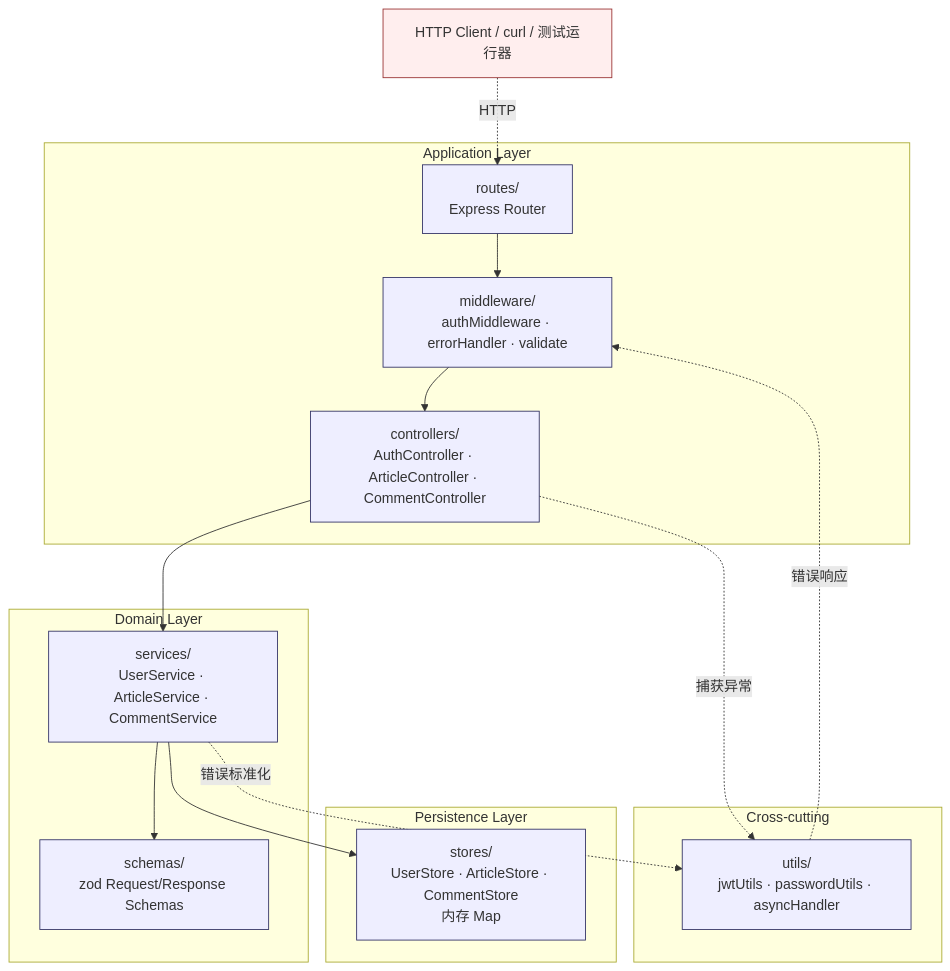
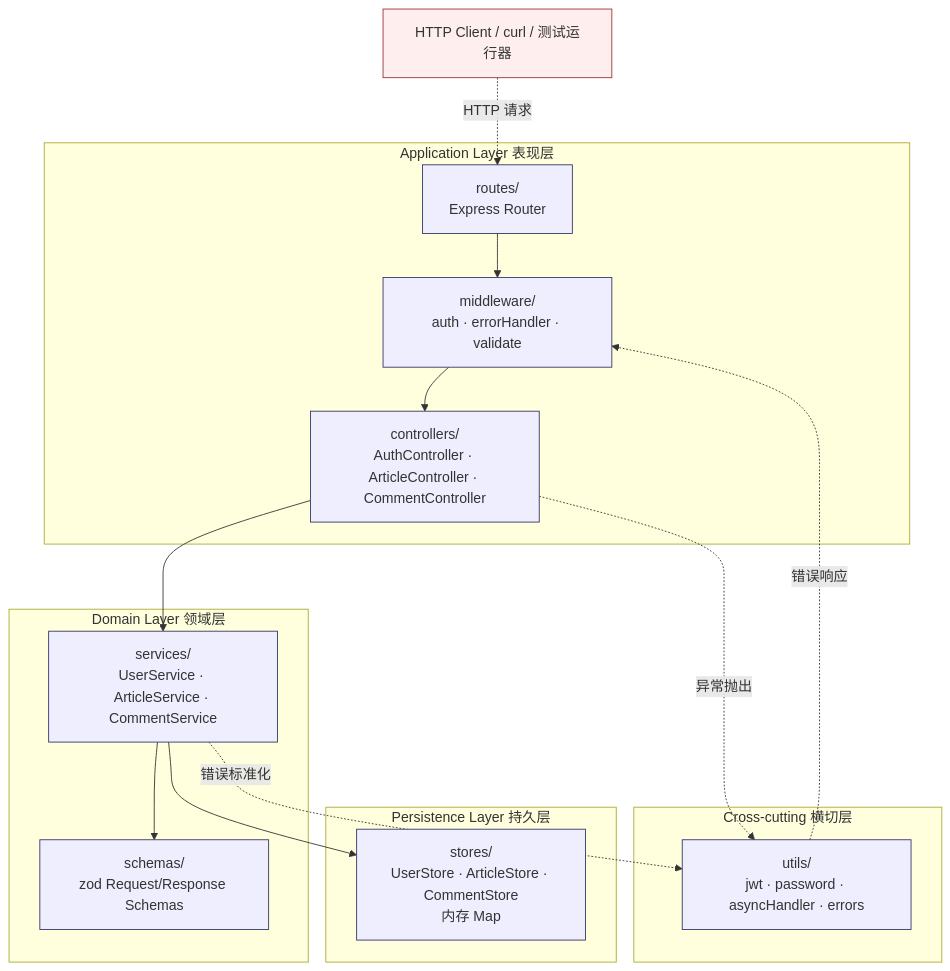
Before and after one commit to WangHHY19931001/Software_Engineering_W_Development_Model_Skills_Pack: the first of 2 diagrams in w-model-dev-demo/docs/system-design.md, drawn with Mermaid. The commit also changed other lines of this file and 85 other files, not shown here.

````diff
--- a/w-model-dev-demo/docs/system-design.md
+++ b/w-model-dev-demo/docs/system-design.md
@@ -18,38 +19,38 @@
 ```mermaid
 graph TD
     Client[HTTP Client / curl / 测试运行器]
 
-    subgraph "Application Layer"
+    subgraph "Application Layer 表现层"
         Routes[routes/<br/>Express Router]
-        MW[middleware/<br/>authMiddleware · errorHandler · validate]
+        MW[middleware/<br/>auth · errorHandler · validate]
         Controllers[controllers/<br/>AuthController · ArticleController · CommentController]
     end
 
-    subgraph "Domain Layer"
+    subgraph "Domain Layer 领域层"
         Services[services/<br/>UserService · ArticleService · CommentService]
         Schemas[schemas/<br/>zod Request/Response Schemas]
     end
 
-    subgraph "Persistence Layer"
+    subgraph "Persistence Layer 持久层"
         Stores[stores/<br/>UserStore · ArticleStore · CommentStore<br/>内存 Map]
     end
 
-    subgraph "Cross-cutting"
-        Utils[utils/<br/>jwtUtils · passwordUtils · asyncHandler]
+    subgraph "Cross-cutting 横切层"
+        Utils[utils/<br/>jwt · password · asyncHandler · errors]
     end
 
-    Client -.HTTP.-> Routes
+    Client -.HTTP 请求.-> Routes
     Routes --> MW
     MW --> Controllers
     Controllers --> Services
     Services --> Schemas
     Services --> Stores
-    Controllers -.捕获异常.-> Utils
+    Controllers -.异常抛出.-> Utils
     Services -.错误标准化.-> Utils
     Utils -.错误响应.-> MW
 
     classDef layer fill:#eef,stroke:#336,stroke-width:1px
     classDef external fill:#fee,stroke:#933,stroke-width:1px
     class Routes,MW,Controllers,Services,Schemas,Stores,Utils layer
     class Client external
 ```
````
